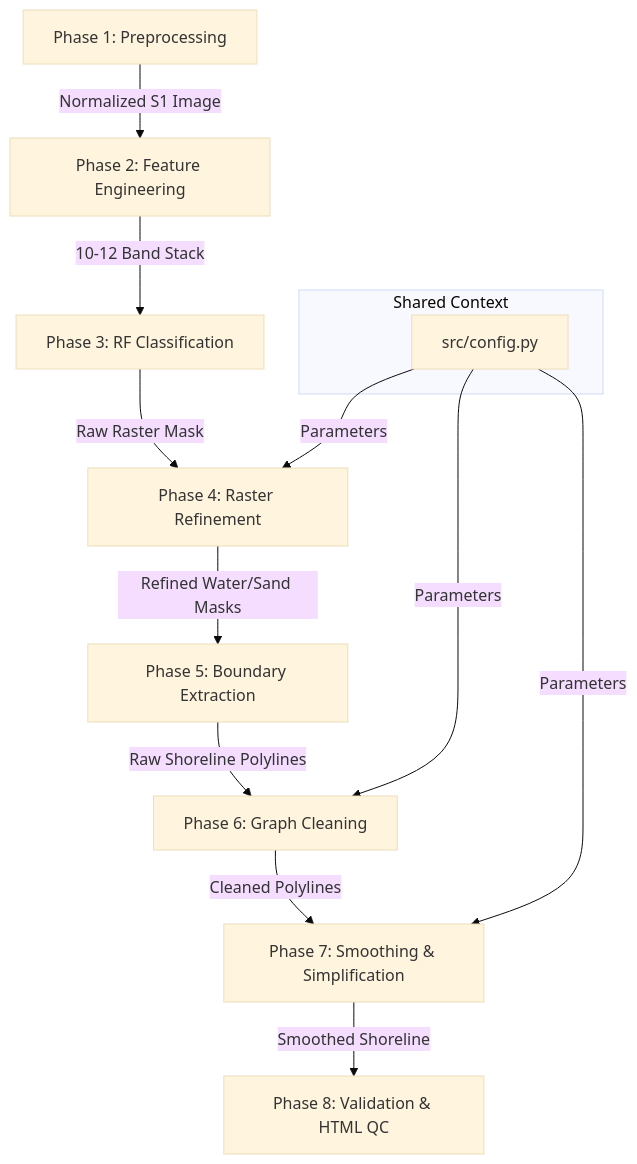
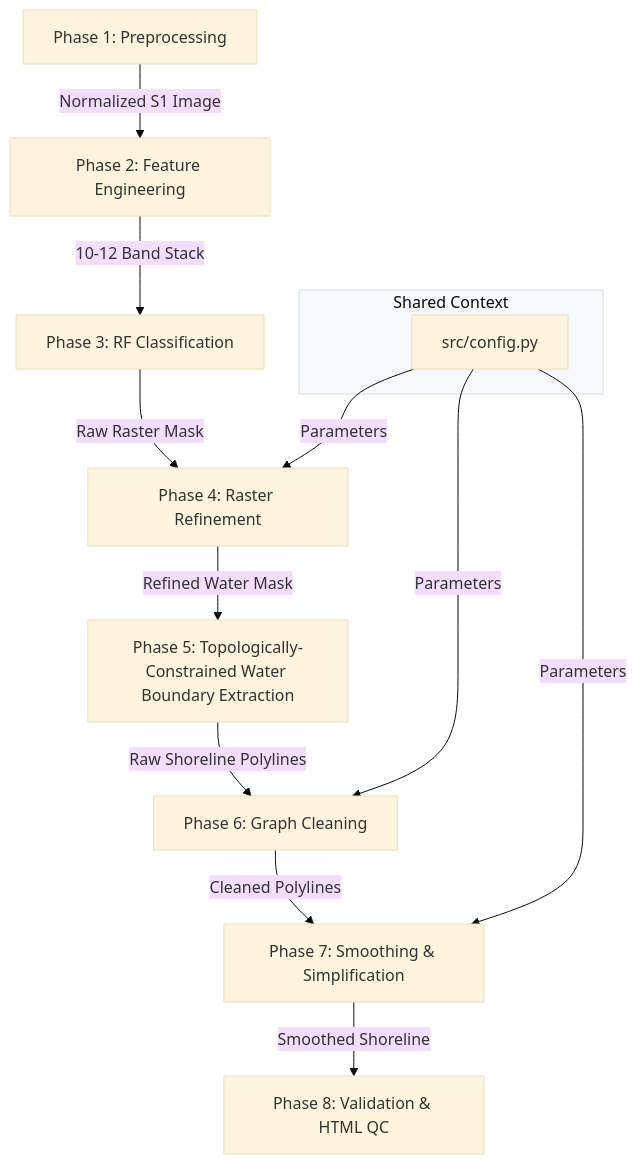
The diagram in shoreline_extraction/MASTER_AGENT.md (TungDucVu/SongHong-SAR-Monitoring), drawn with Mermaid (base theme) before and after one commit. The commit also changed other lines of this file and 7 other files, not shown here.

First line of the commit message:
feat(shoreline): implement Phase 5 boundary extraction & selection logic

````diff
--- a/shoreline_extraction/MASTER_AGENT.md
+++ b/shoreline_extraction/MASTER_AGENT.md
@@ -15,19 +15,19 @@
 ```mermaid
 graph TD
     %% Phase Nodes
     P1[Phase 1: Preprocessing] -->|Normalized S1 Image| P2[Phase 2: Feature Engineering]
     P2 -->|10-12 Band Stack| P3[Phase 3: RF Classification]
     P3 -->|Raw Raster Mask| P4[Phase 4: Raster Refinement]
-    P4 -->|Refined Water/Sand Masks| P5[Phase 5: Boundary Extraction]
+    P4 -->|Refined Water Mask| P5["Phase 5: Topologically-Constrained Water Boundary Extraction"]
     P5 -->|Raw Shoreline Polylines| P6[Phase 6: Graph Cleaning]
     P6 -->|Cleaned Polylines| P7[Phase 7: Smoothing & Simplification]
     P7 -->|Smoothed Shoreline| P8[Phase 8: Validation & HTML QC]
 
     %% Configuration & Libraries
     subgraph Shared Context
         CFG[src/config.py]
     end
     CFG -->|Parameters| P4
     CFG -->|Parameters| P6
     CFG -->|Parameters| P7
 ```
````
